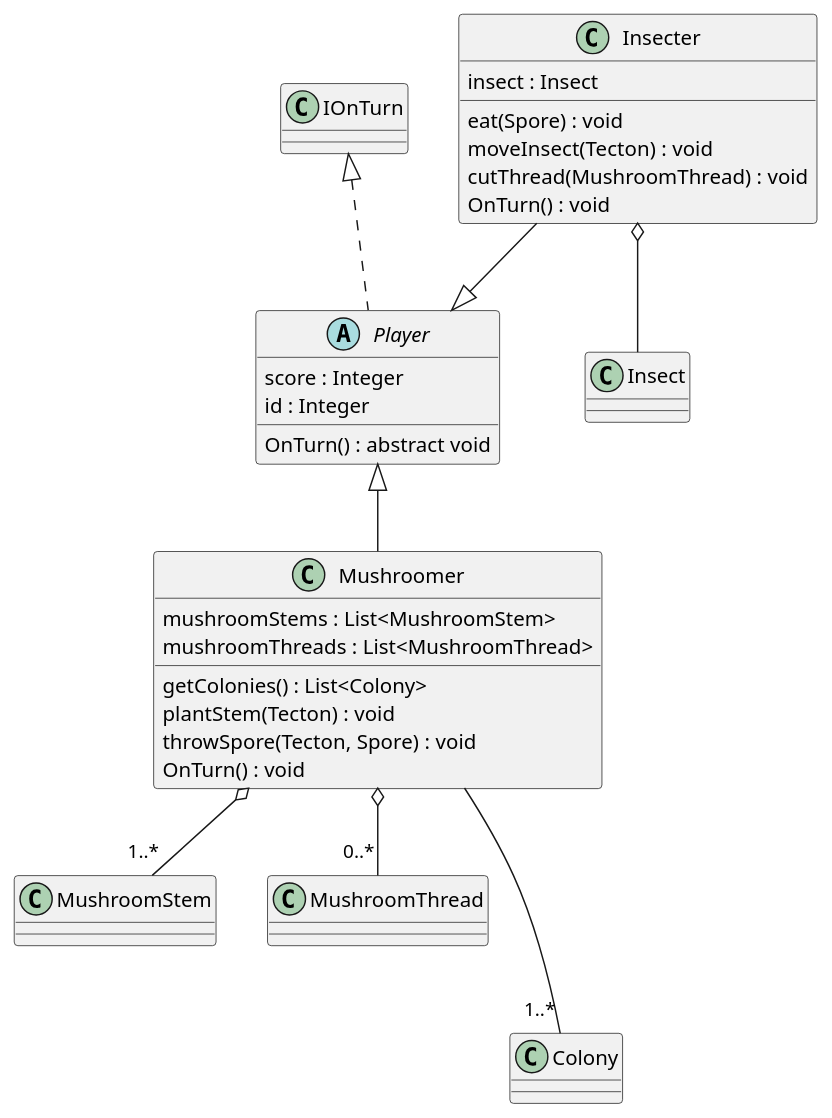
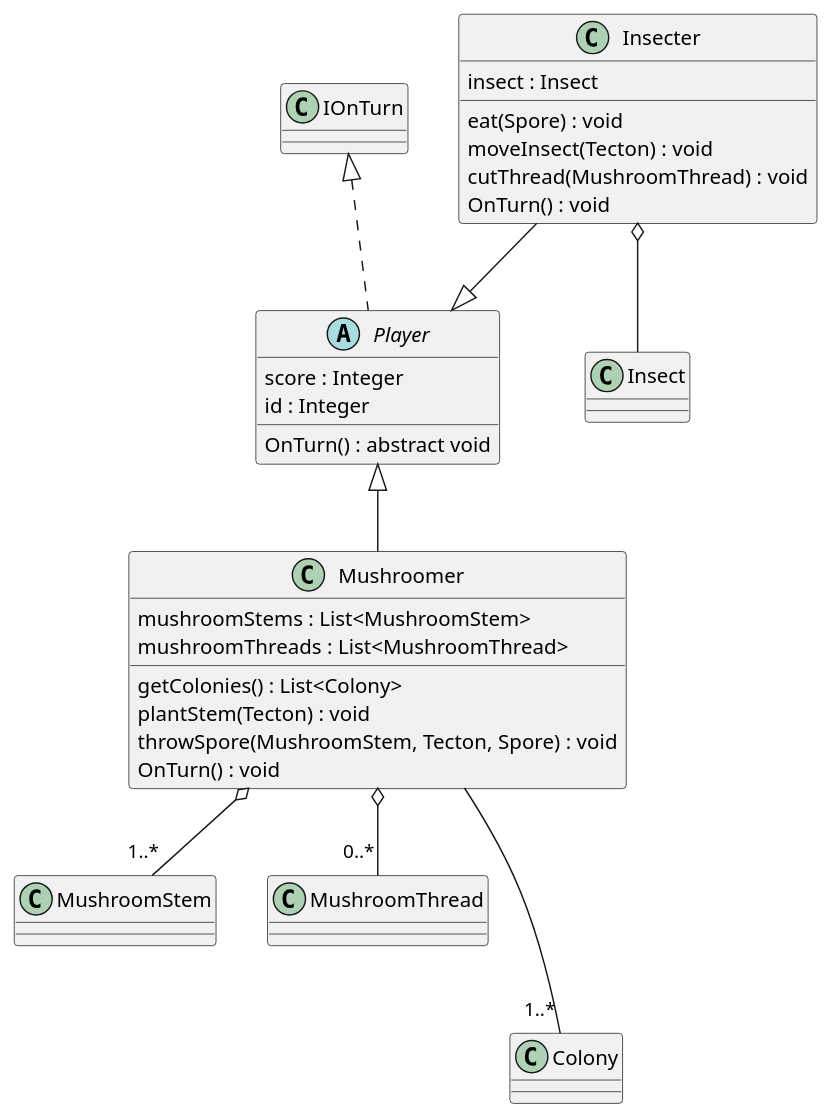
One commit to Petya-G/fungorium changed the diagram in 3/classes/player.puml. Above: the diagram before and after it, drawn with PlantUML. The commit also changed 1 other file, not shown here.

Commit message:
# fix throwspore diagram

```diff
--- a/3/classes/player.puml
+++ b/3/classes/player.puml
@@ -1,31 +1,31 @@
 @startuml player
 IOnTurn <|.. Player
 abstract class Player{
     score : Integer
     id : Integer
     OnTurn() : abstract void
 }
 
 Player <|-- Mushroomer
 Mushroomer o-- "1..*" MushroomStem
 Mushroomer o-- "0..*" MushroomThread
 Mushroomer --- "1..*" Colony
 class Mushroomer{
     mushroomStems : List<MushroomStem>
     mushroomThreads : List<MushroomThread>
     getColonies() : List<Colony>
     plantStem(Tecton) : void
-    throwSpore(Tecton, Spore) : void
+    throwSpore(MushroomStem, Tecton, Spore) : void
     OnTurn() : void
 }
 
 Insecter --|> Player
 Insecter o-- Insect
 class Insecter{
     insect : Insect
     eat(Spore) : void
     moveInsect(Tecton) : void
     cutThread(MushroomThread) : void
     OnTurn() : void
 }
 @enduml
```
